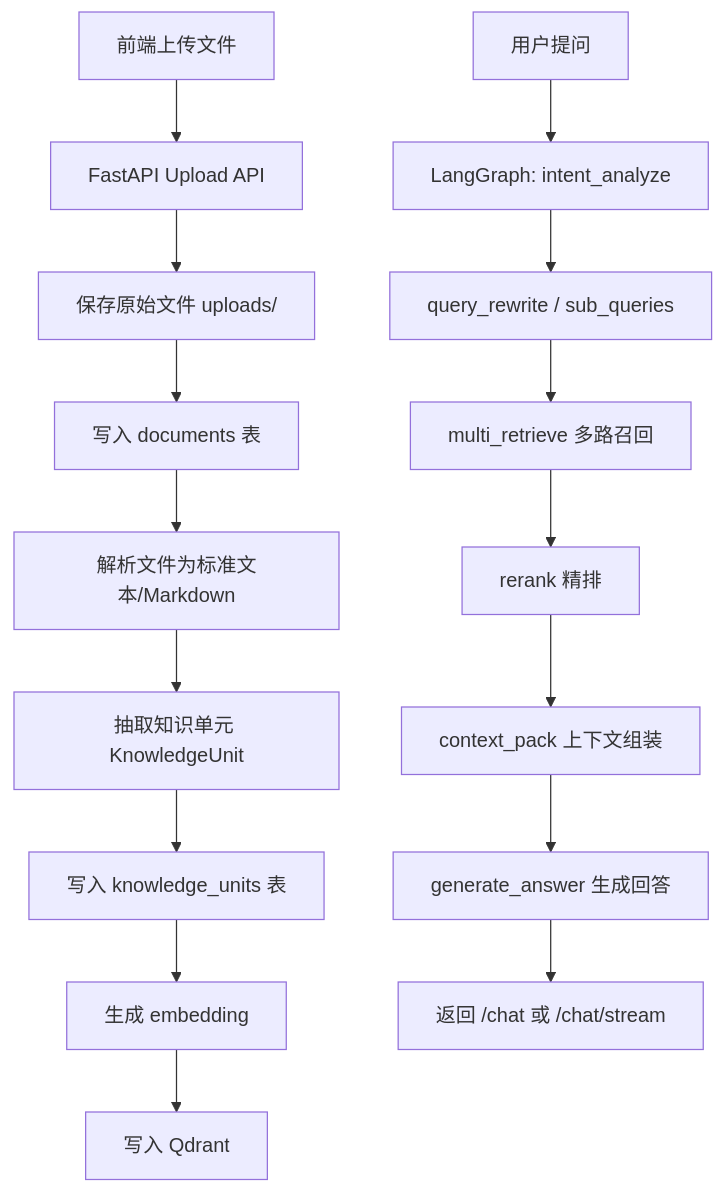
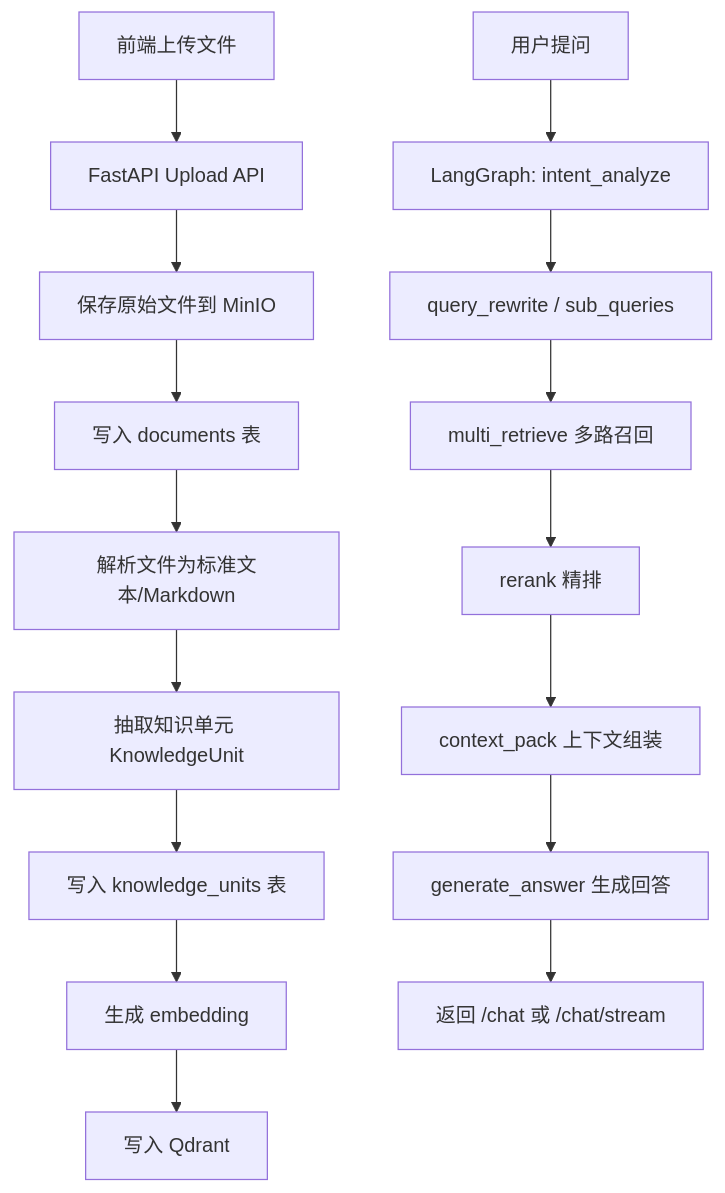
The first of 2 diagrams in docs/rag_knowledge_pipeline_design.md (chen-liang-22/AI_RAG_Agent_Project), drawn with Mermaid before and after one commit. The commit also changed other lines of this file and 30 other files, not shown here.

````diff
--- a/docs/rag_knowledge_pipeline_design.md
+++ b/docs/rag_knowledge_pipeline_design.md
@@ -63,19 +63,19 @@
 ```mermaid
 flowchart TD
     A["前端上传文件"] --> B["FastAPI Upload API"]
-    B --> C["保存原始文件 uploads/"]
+    B --> C["保存原始文件到 MinIO"]
     C --> D["写入 documents 表"]
     D --> E["解析文件为标准文本/Markdown"]
     E --> F["抽取知识单元 KnowledgeUnit"]
     F --> G["写入 knowledge_units 表"]
     G --> H["生成 embedding"]
     H --> I["写入 Qdrant"]
 
     U["用户提问"] --> Q1["LangGraph: intent_analyze"]
     Q1 --> Q2["query_rewrite / sub_queries"]
     Q2 --> Q3["multi_retrieve 多路召回"]
     Q3 --> Q4["rerank 精排"]
     Q4 --> Q5["context_pack 上下文组装"]
     Q5 --> Q6["generate_answer 生成回答"]
     Q6 --> R["返回 /chat 或 /chat/stream"]
 ```
````
